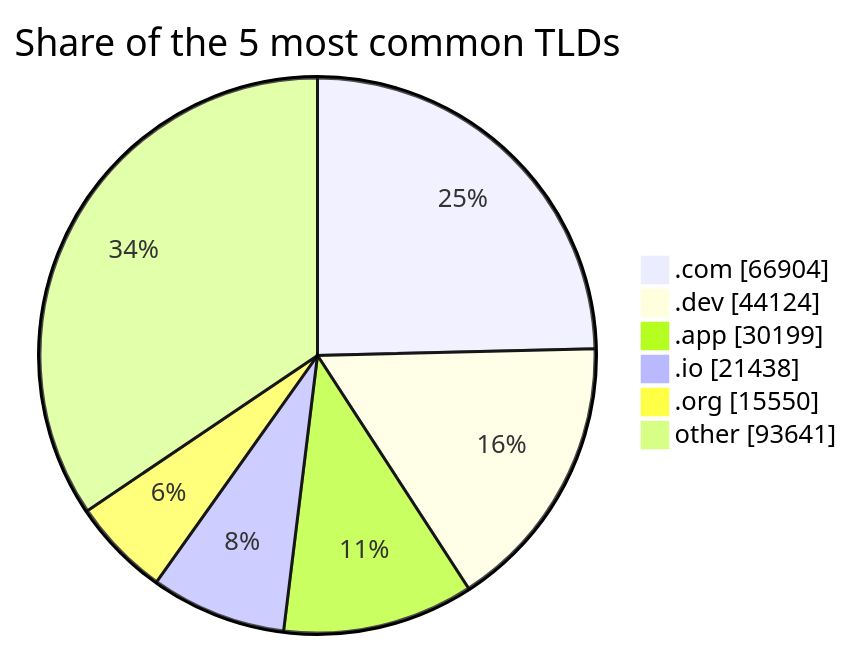
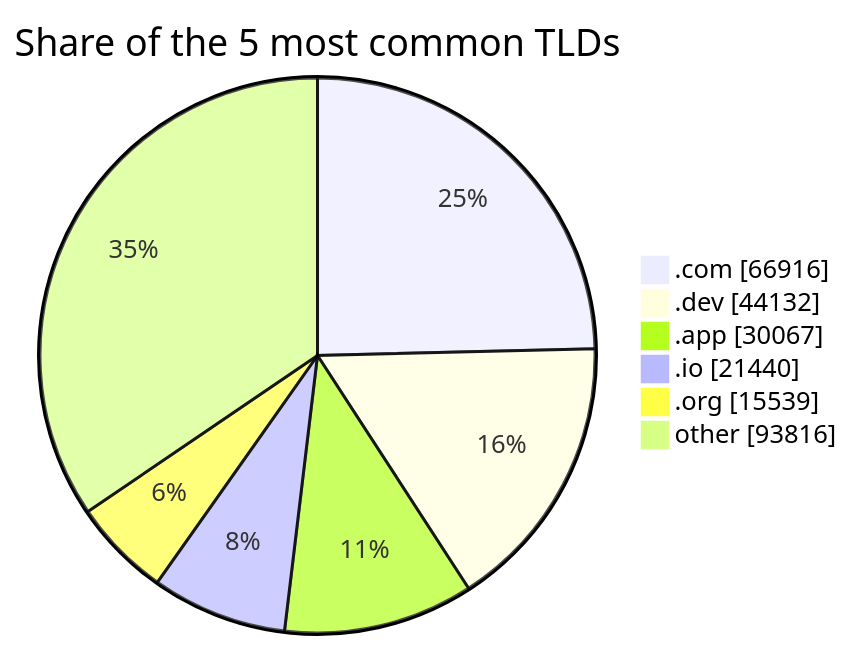
Before and after one commit to DNSBunker/CTI: the second of 2 diagrams in README.md, drawn with Mermaid. The commit also changed other lines of this file and 3 other files, not shown here.

````diff
--- a/README.md
+++ b/README.md
@@ -72,9 +72,9 @@
 ```mermaid
 pie showData title Share of the 5 most common TLDs
-    ".com" : 66904
-    ".dev" : 44124
-    ".app" : 30199
-    ".io" : 21438
-    ".org" : 15550
-    "other" : 93641
+    ".com" : 66916
+    ".dev" : 44132
+    ".app" : 30067
+    ".io" : 21440
+    ".org" : 15539
+    "other" : 93816
 ```
````
